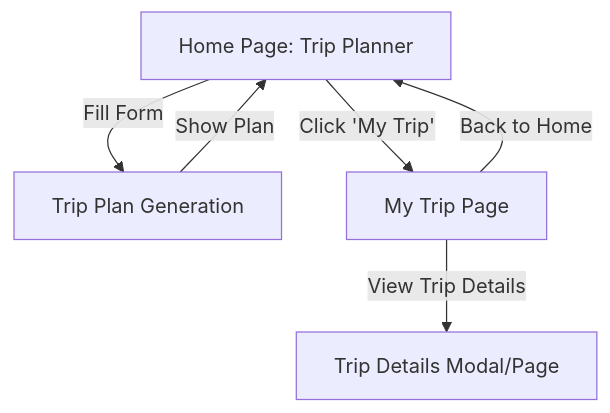
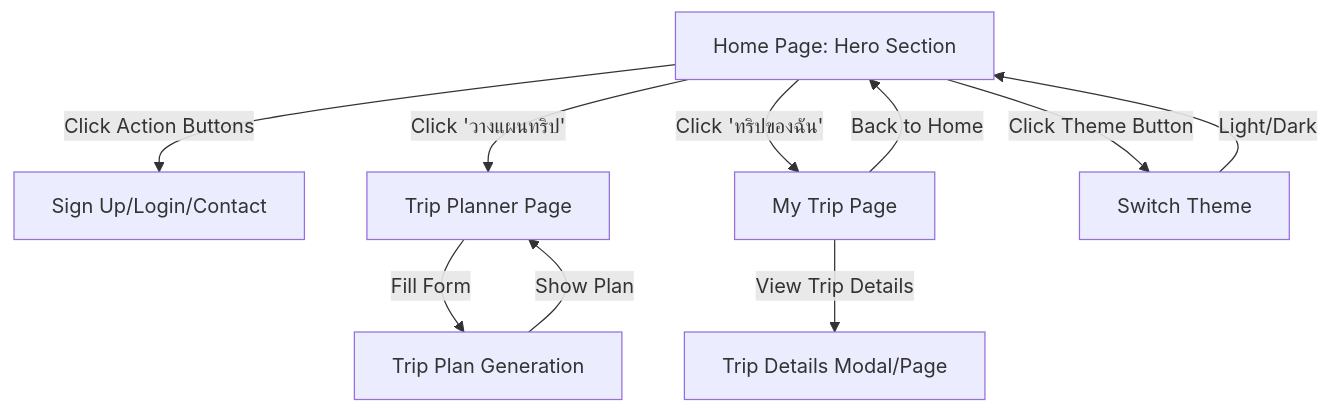
Before and after one commit to wu-web-camp/tiew-next: the diagram in README.md, drawn with Mermaid. The commit also changed other lines of this file and 8 other files, not shown here.

````diff
--- a/README.md
+++ b/README.md
@@ -37,10 +73,14 @@
 ```mermaid
 flowchart TD
-    A[Home Page: Trip Planner] -->|Fill Form| B[Trip Plan Generation]
-    B -->|Show Plan| A
-    A -->|Click 'My Trip'| C[My Trip Page]
-    C -->|View Trip Details| D[Trip Details Modal/Page]
-    C -->|Back to Home| A
+    A[Home Page: Hero Section] -->|Click Action Buttons| B[Sign Up/Login/Contact]
+    A -->|Click 'วางแผนทริป'| C[Trip Planner Page]
+    C -->|Fill Form| D[Trip Plan Generation]
+    D -->|Show Plan| C
+    A -->|Click 'ทริปของฉัน'| E[My Trip Page]
+    E -->|View Trip Details| F[Trip Details Modal/Page]
+    E -->|Back to Home| A
+    A -->|Click Theme Button| G[Switch Theme]
+    G -->|Light/Dark| A
     %% UI Section
-    %% Backend (future): B
+    %% Backend (future): D
 ```
````
